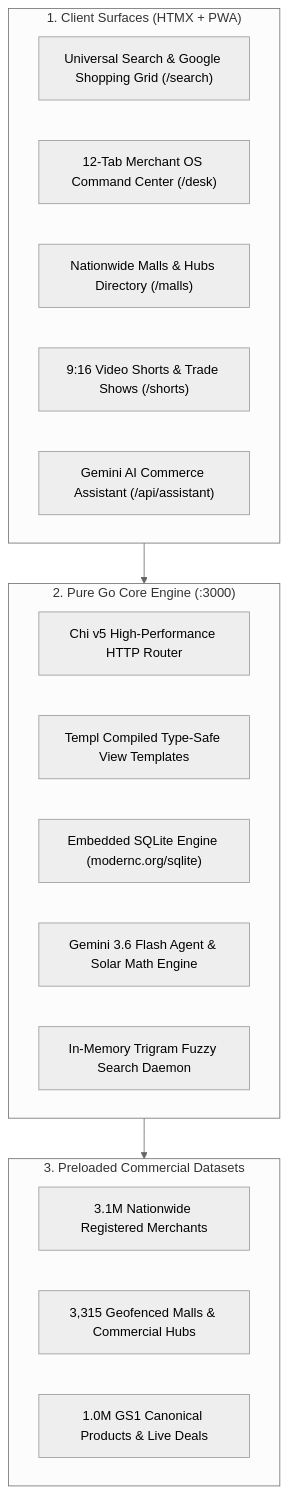
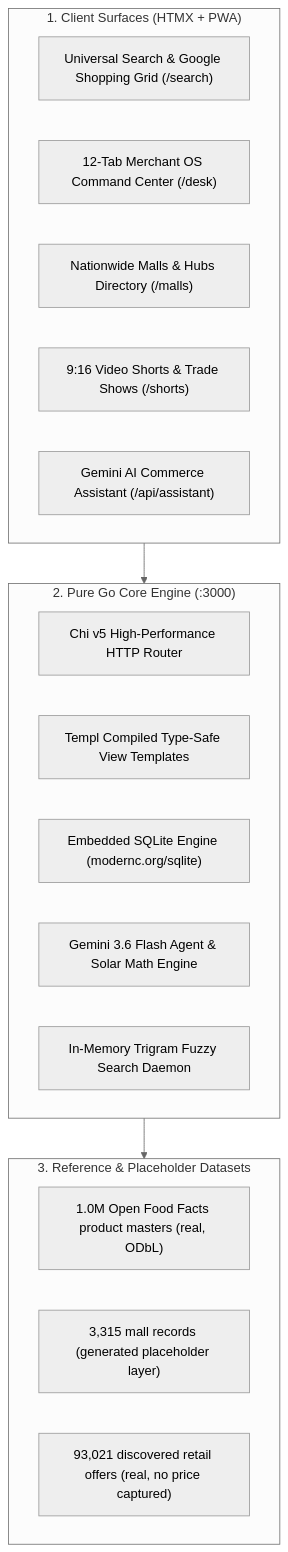
The diagram in README.md (pmvalues/shoppagepy), drawn with Mermaid (neutral theme) before and after one commit. The commit also changed other lines of this file and 75 other files, not shown here.

````diff
--- a/README.md
+++ b/README.md
@@ -20,27 +57,27 @@
 ```mermaid
 flowchart TD
     subgraph Client_Layer["1. Client Surfaces (HTMX + PWA)"]
         A1["Universal Search & Google Shopping Grid (/search)"]
         A2["12-Tab Merchant OS Command Center (/desk)"]
         A3["Nationwide Malls & Hubs Directory (/malls)"]
         A4["9:16 Video Shorts & Trade Shows (/shorts)"]
         A5["Gemini AI Commerce Assistant (/api/assistant)"]
     end
 
     subgraph Core_Engine["2. Pure Go Core Engine (:3000)"]
         B1["Chi v5 High-Performance HTTP Router"]
         B2["Templ Compiled Type-Safe View Templates"]
         B3["Embedded SQLite Engine (modernc.org/sqlite)"]
         B4["Gemini 3.6 Flash Agent & Solar Math Engine"]
         B5["In-Memory Trigram Fuzzy Search Daemon"]
     end
 
-    subgraph Datasets["3. Preloaded Commercial Datasets"]
-        C1["3.1M Nationwide Registered Merchants"]
-        C2["3,315 Geofenced Malls & Commercial Hubs"]
-        C3["1.0M GS1 Canonical Products & Live Deals"]
+    subgraph Datasets["3. Reference & Placeholder Datasets"]
+        C1["1.0M Open Food Facts product masters (real, ODbL)"]
+        C2["3,315 mall records (generated placeholder layer)"]
+        C3["93,021 discovered retail offers (real, no price captured)"]
     end
 
     Client_Layer --> Core_Engine
     Core_Engine --> Datasets
 ```
````
